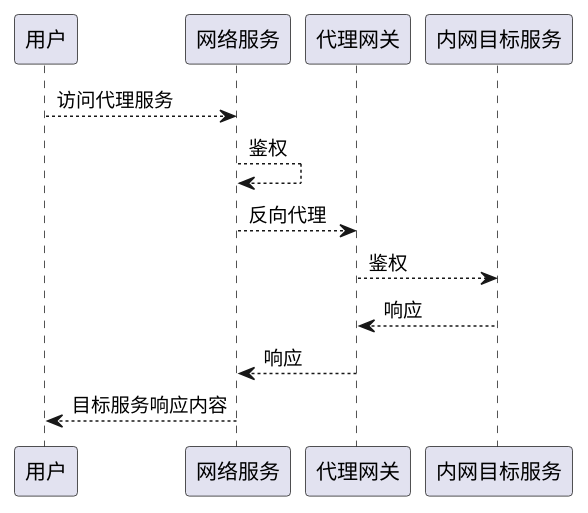
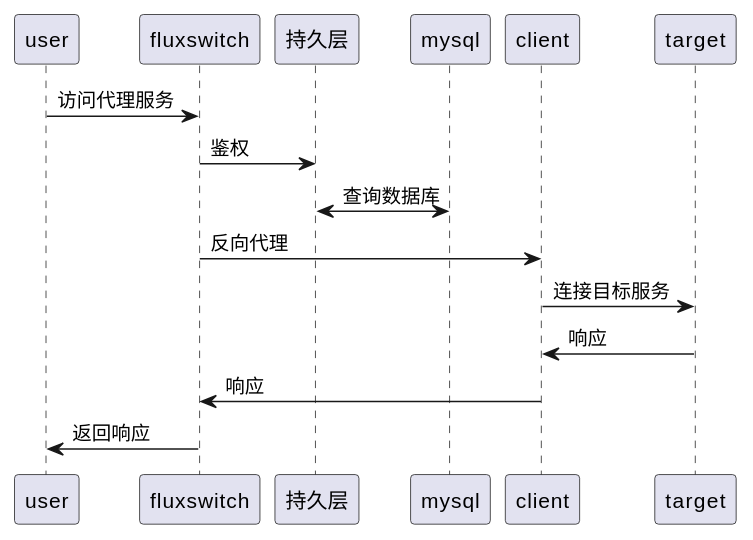
Before and after one commit to tkeel-io/docs: the eighth of 12 diagrams in docs/api/appendix/plantuml/fluxswitch.md, drawn with PlantUML. The commit also changed other lines of this file and 2 other files, not shown here.

Commit message:
feat: update plugin manager uml & fluxswicth manager

````diff
--- a/docs/api/appendix/plantuml/fluxswitch.md
+++ b/docs/api/appendix/plantuml/fluxswitch.md
@@ -185,16 +214,18 @@
 ```plantuml
+@startuml
+participant "user" as user
+participant "fluxswitch" as fluxswitch
+participant "持久层" as dblayer
+participant "mysql" as mysql
 
-participant "用户" as user
-participant "网络服务" as fluxswitch
-participant "代理网关"  as client
-participant "内网目标服务"  as target
 
-user --> fluxswitch : 访问代理服务
-fluxswitch --> fluxswitch : 鉴权
-fluxswitch --> client : 反向代理
-client --> target : 鉴权
-target --> client : 响应
-client --> fluxswitch : 响应
-fluxswitch --> user : 目标服务响应内容
-
+user -> fluxswitch : 访问代理服务
+fluxswitch -> dblayer : 鉴权
+dblayer <-> mysql : 查询数据库
+fluxswitch -> client : 反向代理
+client -> target : 连接目标服务
+target -> client : 响应
+client -> fluxswitch : 响应
+fluxswitch -> user : 返回响应
+@enduml
 ```
````
